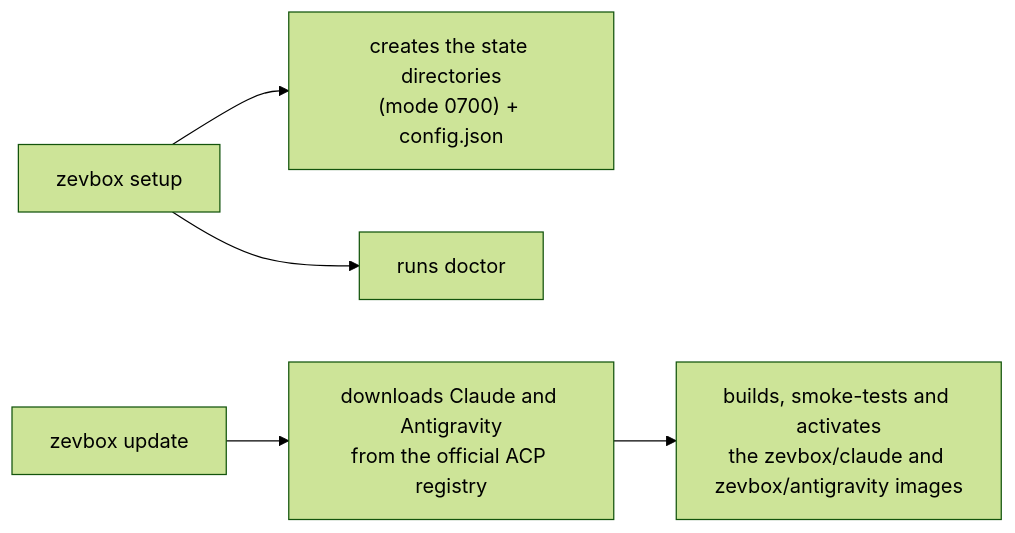
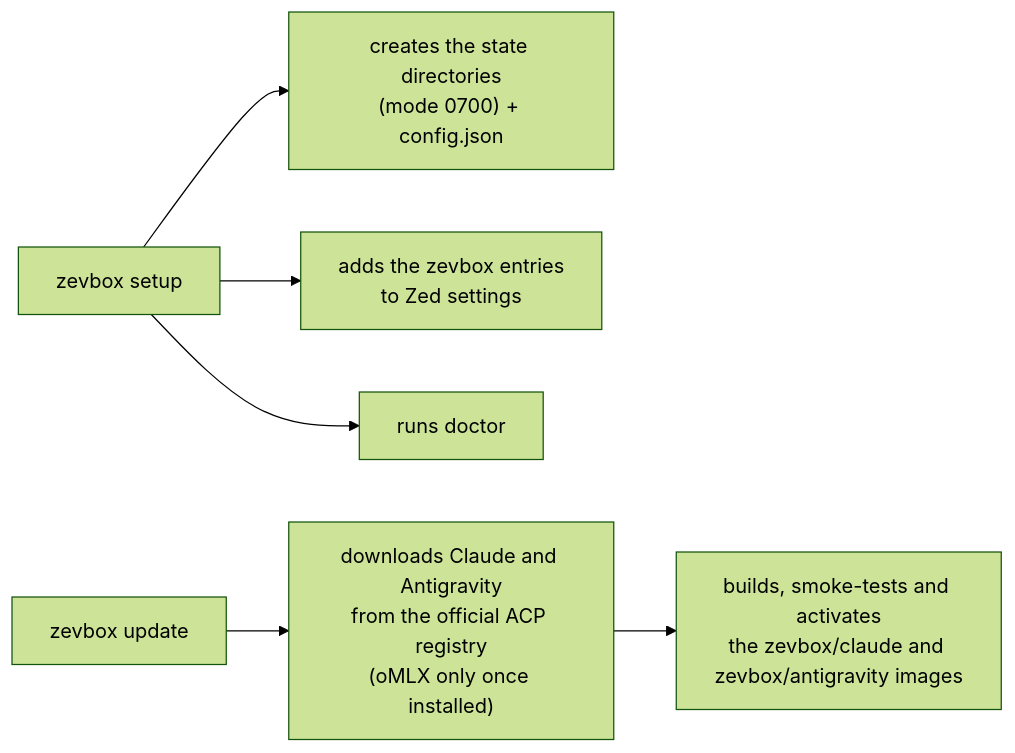
The second of 3 diagrams in docs/USER_GUIDE.md (brainztorm/zevbox), drawn with Mermaid (forest theme) before and after one commit. The commit also changed other lines of this file and 12 other files, not shown here.

````diff
--- a/docs/USER_GUIDE.md
+++ b/docs/USER_GUIDE.md
@@ -90,7 +91,8 @@
 ```mermaid
 flowchart LR
     SetupCmd["zevbox setup"] --> DirInit["creates the state directories\n(mode 0700) + config.json"]
+    SetupCmd --> ZedSet["adds the zevbox entries\nto Zed settings"]
     SetupCmd --> Doc["runs doctor"]
-    UpdateCmd["zevbox update"] --> Build["downloads Claude and Antigravity\nfrom the official ACP registry"]
+    UpdateCmd["zevbox update"] --> Build["downloads Claude and Antigravity\nfrom the official ACP registry\n(oMLX only once installed)"]
     Build --> Img["builds, smoke-tests and activates\nthe zevbox/claude and zevbox/antigravity images"]
 ```
````
